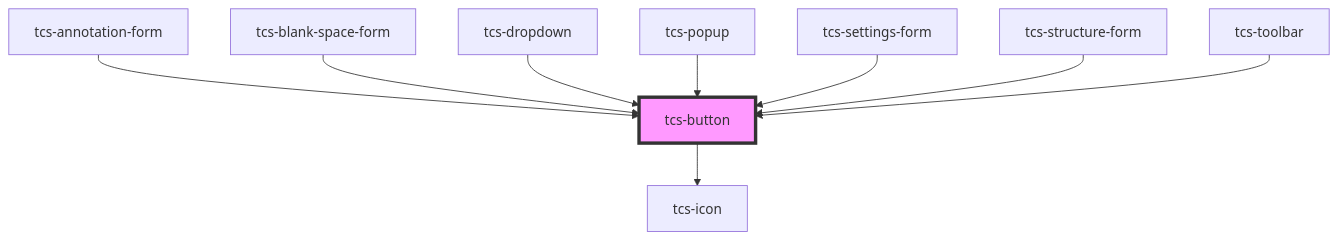
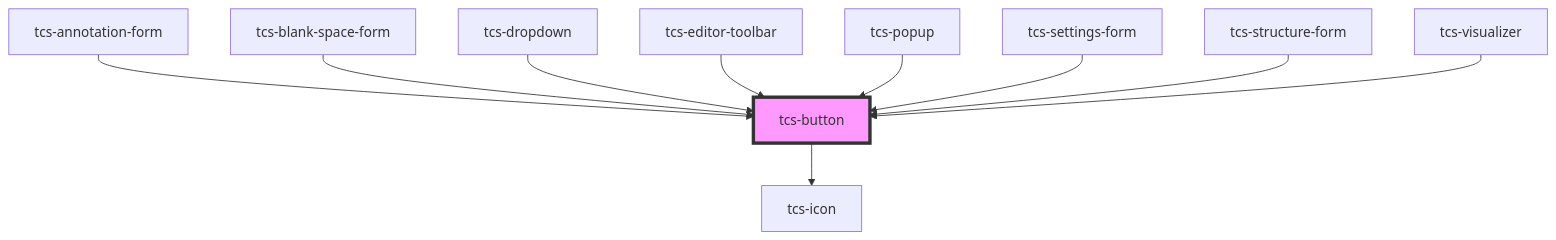
One commit to scribes-app/tei-component-suite changed the diagram in src/components/tcs-button/readme.md. Above: the diagram before and after it, drawn with Mermaid. The commit also changed other lines of this file and 17 other files, not shown here.

````diff
--- a/src/components/tcs-button/readme.md
+++ b/src/components/tcs-button/readme.md
@@ -50,12 +51,13 @@
 ```mermaid
 graph TD;
   tcs-button --> tcs-icon
   tcs-annotation-form --> tcs-button
   tcs-blank-space-form --> tcs-button
   tcs-dropdown --> tcs-button
+  tcs-editor-toolbar --> tcs-button
   tcs-popup --> tcs-button
   tcs-settings-form --> tcs-button
   tcs-structure-form --> tcs-button
-  tcs-toolbar --> tcs-button
+  tcs-visualizer --> tcs-button
   style tcs-button fill:#f9f,stroke:#333,stroke-width:4px
 ```
````
